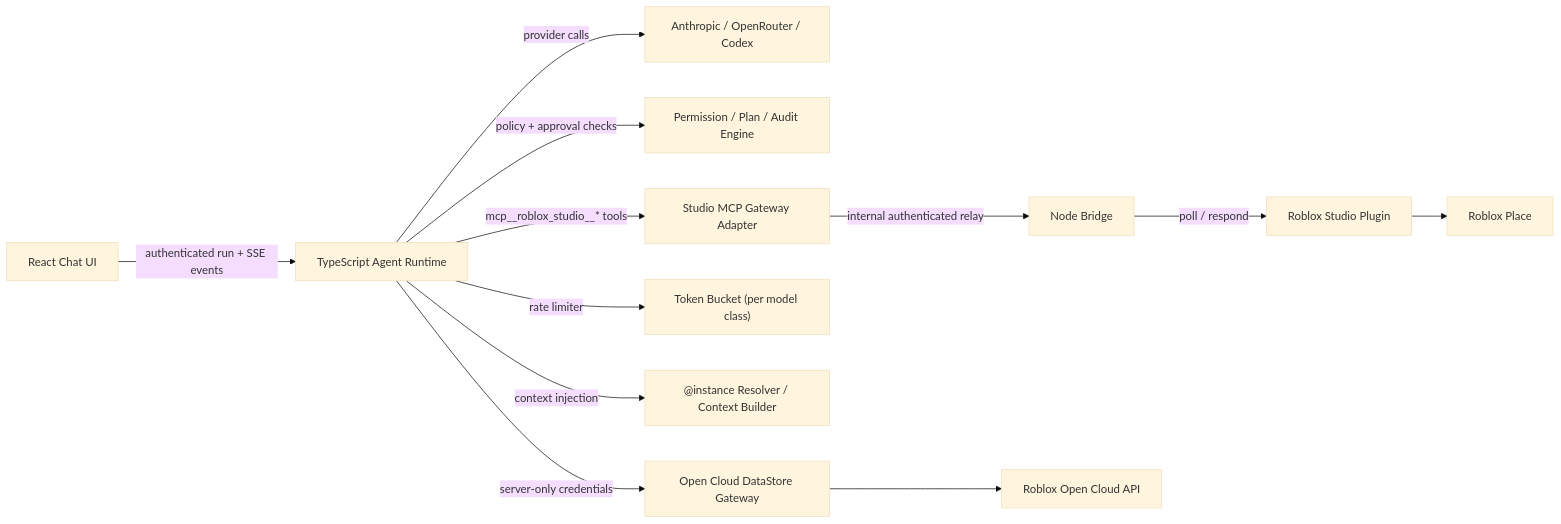
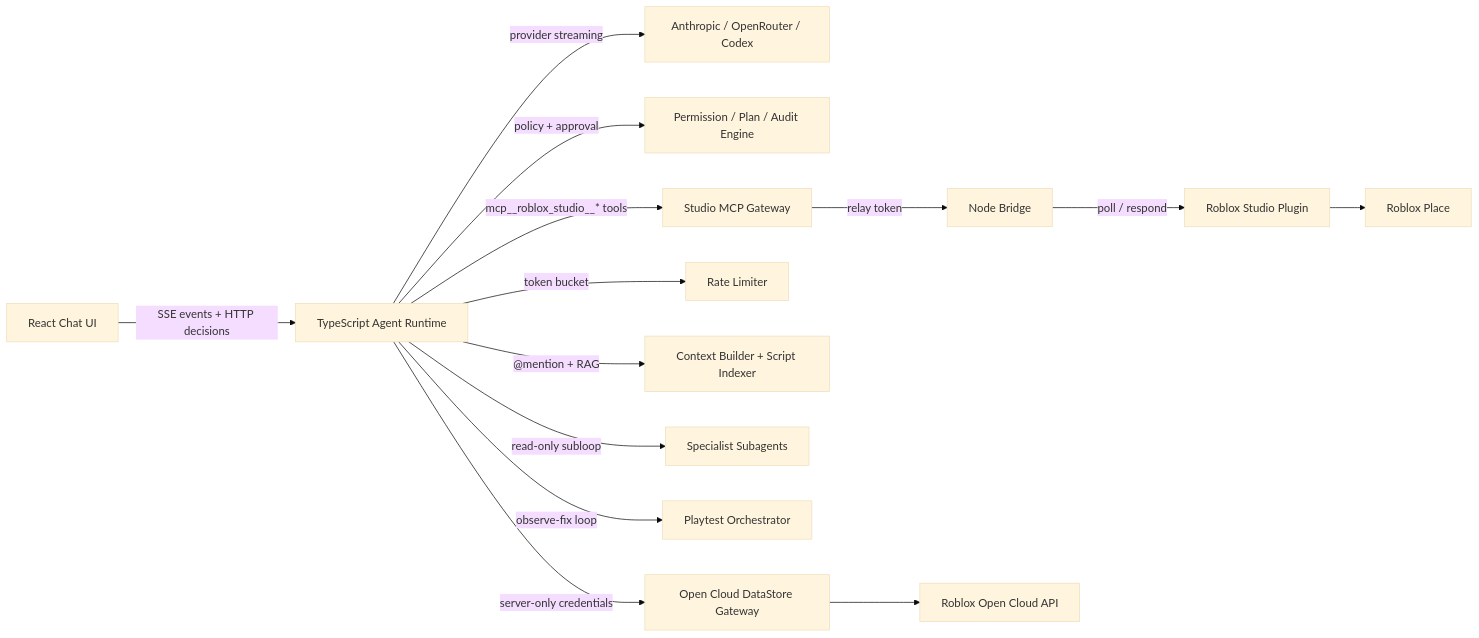
The diagram in progress.md (weknowyourgame/Corpus), drawn with Mermaid (base theme) before and after one commit. The commit also changed other lines of this file and 5 other files, not shown here.

````diff
--- a/progress.md
+++ b/progress.md
@@ -21,14 +34,16 @@
 ```mermaid
 flowchart LR
-    UI["React Chat UI"] -->|"authenticated run + SSE events"| RT["TypeScript Agent Runtime"]
-    RT -->|"provider calls"| AI["Anthropic / OpenRouter / Codex"]
-    RT -->|"policy + approval checks"| POL["Permission / Plan / Audit Engine"]
-    RT -->|"mcp__roblox_studio__* tools"| GW["Studio MCP Gateway Adapter"]
-    RT -->|"rate limiter"| RL["Token Bucket (per model class)"]
-    RT -->|"context injection"| CTX["@instance Resolver / Context Builder"]
-    GW -->|"internal authenticated relay"| BR["Node Bridge"]
+    UI["React Chat UI"] -->|"SSE events + HTTP decisions"| RT["TypeScript Agent Runtime"]
+    RT -->|"provider streaming"| AI["Anthropic / OpenRouter / Codex"]
+    RT -->|"policy + approval"| POL["Permission / Plan / Audit Engine"]
+    RT -->|"mcp__roblox_studio__* tools"| GW["Studio MCP Gateway"]
+    RT -->|"token bucket"| RL["Rate Limiter"]
+    RT -->|"@mention + RAG"| CTX["Context Builder + Script Indexer"]
+    RT -->|"read-only subloop"| SA["Specialist Subagents"]
+    RT -->|"observe-fix loop"| PT["Playtest Orchestrator"]
+    GW -->|"relay token"| BR["Node Bridge"]
     BR -->|"poll / respond"| PL["Roblox Studio Plugin"]
     PL --> ST["Roblox Place"]
     RT -->|"server-only credentials"| OC["Open Cloud DataStore Gateway"]
     OC --> RC["Roblox Open Cloud API"]
 ```
````
